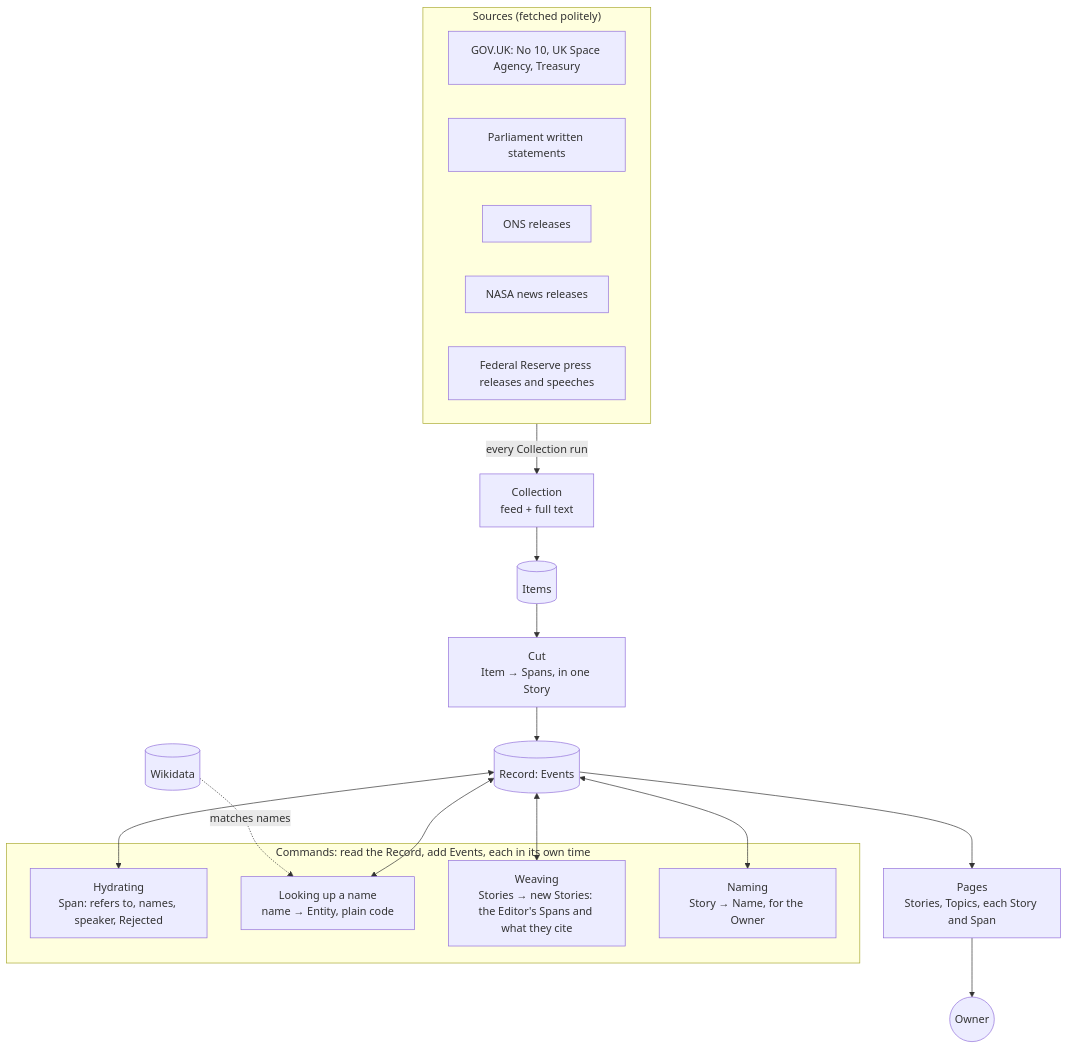
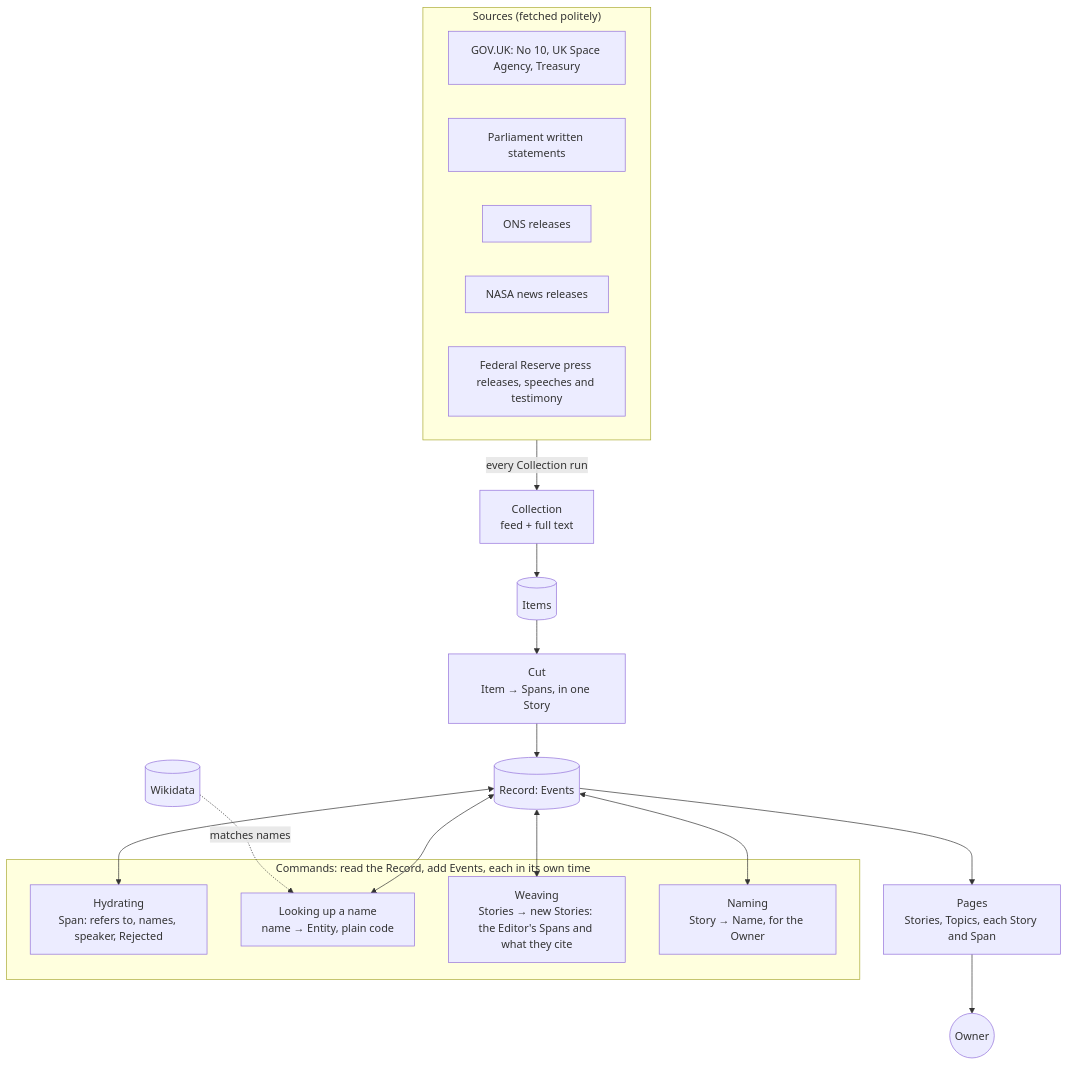
One commit to samthorold/go-slow changed the diagram in README.md. Above: the diagram before and after it, drawn with Mermaid. The commit also changed 6 other files, not shown here.

````diff
--- a/README.md
+++ b/README.md
@@ -13,31 +13,31 @@
 ```mermaid
 flowchart TD
     subgraph Sources["Sources (fetched politely)"]
         GOV[GOV.UK: No 10, UK Space Agency, Treasury]
         PARL[Parliament written statements]
         ONS[ONS releases]
         NASA[NASA news releases]
-        FED[Federal Reserve press releases and speeches]
+        FED[Federal Reserve press releases, speeches and testimony]
     end
 
     Sources -->|every Collection run| COLLECT[Collection<br/>feed + full text]
     COLLECT --> ITEMS[(Items)]
     ITEMS --> CUT[Cut<br/>Item → Spans, in one Story]
     CUT --> RECORD[(Record: Events)]
 
     subgraph Commands["Commands: read the Record, add Events, each in its own time"]
         HYDRATE[Hydrating<br/>Span: refers to, names, speaker, Rejected]
         LOOKUP[Looking up a name<br/>name → Entity, plain code]
         WEAVE[Weaving<br/>Stories → new Stories: the Editor's Spans and what they cite]
         NAME[Naming<br/>Story → Name, for the Owner]
     end
 
     RECORD <--> HYDRATE
     RECORD <--> LOOKUP
     RECORD <--> WEAVE
     RECORD <--> NAME
     WD[(Wikidata)] -.->|matches names| LOOKUP
 
     RECORD --> PAGES[Pages<br/>Stories, Topics, each Story and Span]
     PAGES --> OWNER((Owner))
 ```
````
